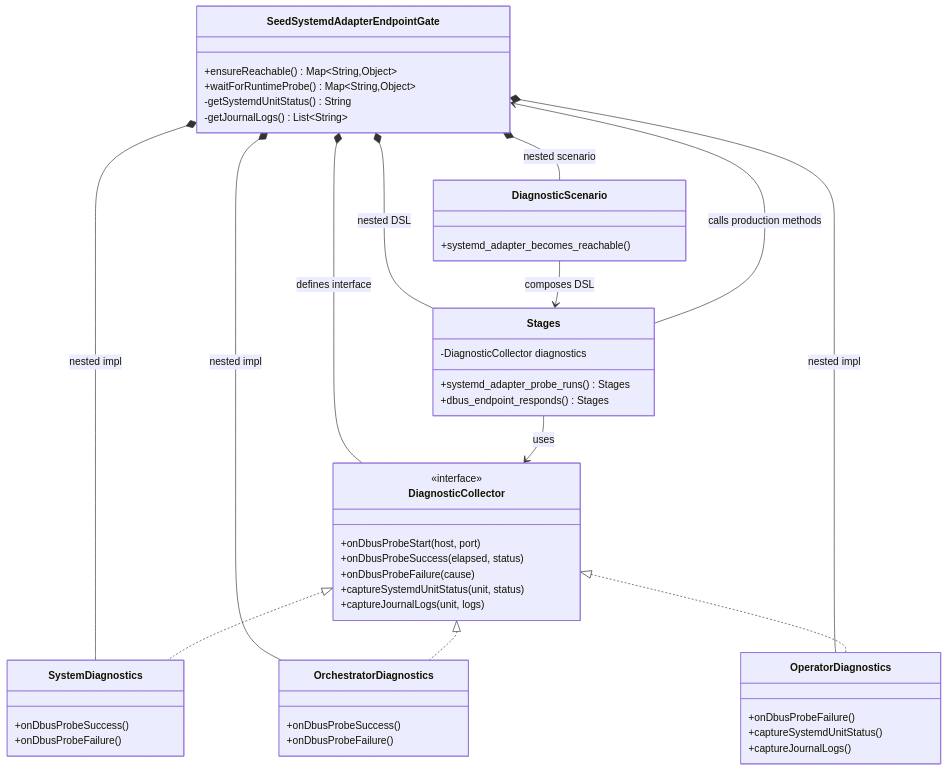
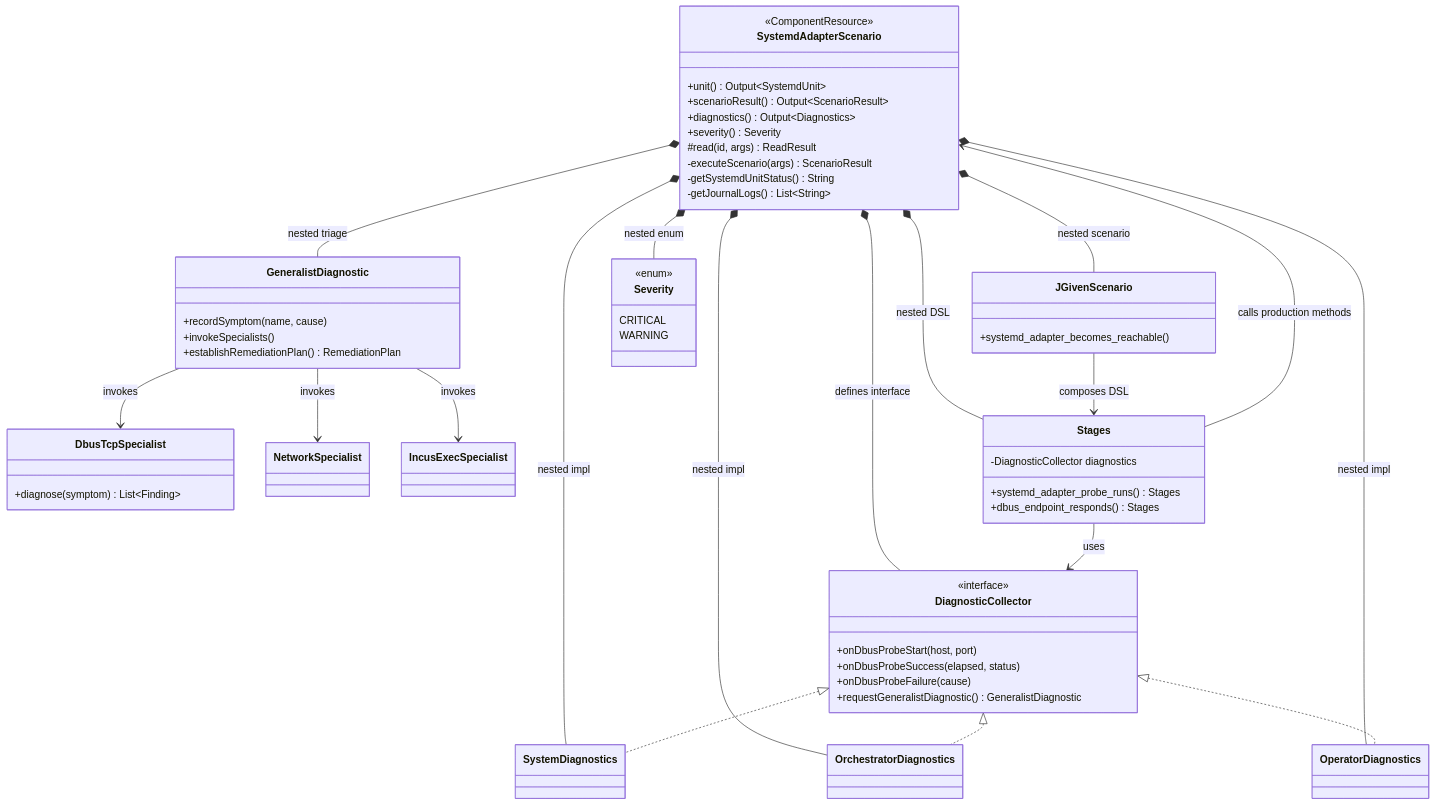
The fourth of 5 diagrams in docs/architecture/bdd/bdd-diagnostic-pattern.adoc (nxmatic/rke2lab), drawn with Mermaid before and after one commit. The commit also changed other lines of this file and 2 other files, not shown here.

```diff
--- a/docs/architecture/bdd/bdd-diagnostic-pattern.adoc
+++ b/docs/architecture/bdd/bdd-diagnostic-pattern.adoc
@@ -136,60 +139,73 @@
 [mermaid]
 ----
 classDiagram
-    class SeedSystemdAdapterEndpointGate {
-        +ensureReachable() Map~String,Object~
-        +waitForRuntimeProbe() Map~String,Object~
+    class SystemdAdapterScenario {
+        <<ComponentResource>>
+        +unit() Output~SystemdUnit~
+        +scenarioResult() Output~ScenarioResult~
+        +diagnostics() Output~Diagnostics~
+        +severity() Severity
+        #read(id, args) ReadResult
+        -executeScenario(args) ScenarioResult
         -getSystemdUnitStatus() String
         -getJournalLogs() List~String~
     }
 
     class DiagnosticCollector {
         <<interface>>
         +onDbusProbeStart(host, port)
         +onDbusProbeSuccess(elapsed, status)
         +onDbusProbeFailure(cause)
-        +captureSystemdUnitStatus(unit, status)
-        +captureJournalLogs(unit, logs)
+        +requestGeneralistDiagnostic() GeneralistDiagnostic
     }
 
-    class SystemDiagnostics {
-        +onDbusProbeSuccess()
-        +onDbusProbeFailure()
+    class SystemDiagnostics
+    class OrchestratorDiagnostics
+    class OperatorDiagnostics
+
+    class GeneralistDiagnostic {
+        +recordSymptom(name, cause)
+        +invokeSpecialists()
+        +establishRemediationPlan() RemediationPlan
     }
-
-    class OrchestratorDiagnostics {
-        +onDbusProbeSuccess()
-        +onDbusProbeFailure()
+    class DbusTcpSpecialist {
+        +diagnose(symptom) List~Finding~
     }
-
-    class OperatorDiagnostics {
-        +onDbusProbeFailure()
-        +captureSystemdUnitStatus()
-        +captureJournalLogs()
-    }
+    class NetworkSpecialist
+    class IncusExecSpecialist
 
     class Stages {
         -DiagnosticCollector diagnostics
         +systemd_adapter_probe_runs() Stages
         +dbus_endpoint_responds() Stages
     }
-
-    class DiagnosticScenario {
+    class JGivenScenario {
         +systemd_adapter_becomes_reachable()
     }
+    class Severity {
+        <<enum>>
+        CRITICAL
+        WARNING
+    }
 
-    SeedSystemdAdapterEndpointGate *-- DiagnosticCollector : defines interface
-    SeedSystemdAdapterEndpointGate *-- SystemDiagnostics : nested impl
-    SeedSystemdAdapterEndpointGate *-- OrchestratorDiagnostics : nested impl
-    SeedSystemdAdapterEndpointGate *-- OperatorDiagnostics : nested impl
-    SeedSystemdAdapterEndpointGate *-- Stages : nested DSL
-    SeedSystemdAdapterEndpointGate *-- DiagnosticScenario : nested scenario
+    SystemdAdapterScenario *-- DiagnosticCollector : defines interface
+    SystemdAdapterScenario *-- SystemDiagnostics : nested impl
+    SystemdAdapterScenario *-- OrchestratorDiagnostics : nested impl
+    SystemdAdapterScenario *-- OperatorDiagnostics : nested impl
+    SystemdAdapterScenario *-- GeneralistDiagnostic : nested triage
+    SystemdAdapterScenario *-- Stages : nested DSL
+    SystemdAdapterScenario *-- JGivenScenario : nested scenario
+    SystemdAdapterScenario *-- Severity : nested enum
 
     DiagnosticCollector <|.. SystemDiagnostics
     DiagnosticCollector <|.. OrchestratorDiagnostics
     DiagnosticCollector <|.. OperatorDiagnostics
 
+    GeneralistDiagnostic --> DbusTcpSpecialist : invokes
+    GeneralistDiagnostic --> NetworkSpecialist : invokes
+    GeneralistDiagnostic --> IncusExecSpecialist : invokes
+
     Stages --> DiagnosticCollector : uses
-    Stages --> SeedSystemdAdapterEndpointGate : calls production methods
-    DiagnosticScenario --> Stages : composes DSL
+    Stages --> SystemdAdapterScenario : calls production methods
+    JGivenScenario --> Stages : composes DSL
 ----
```
